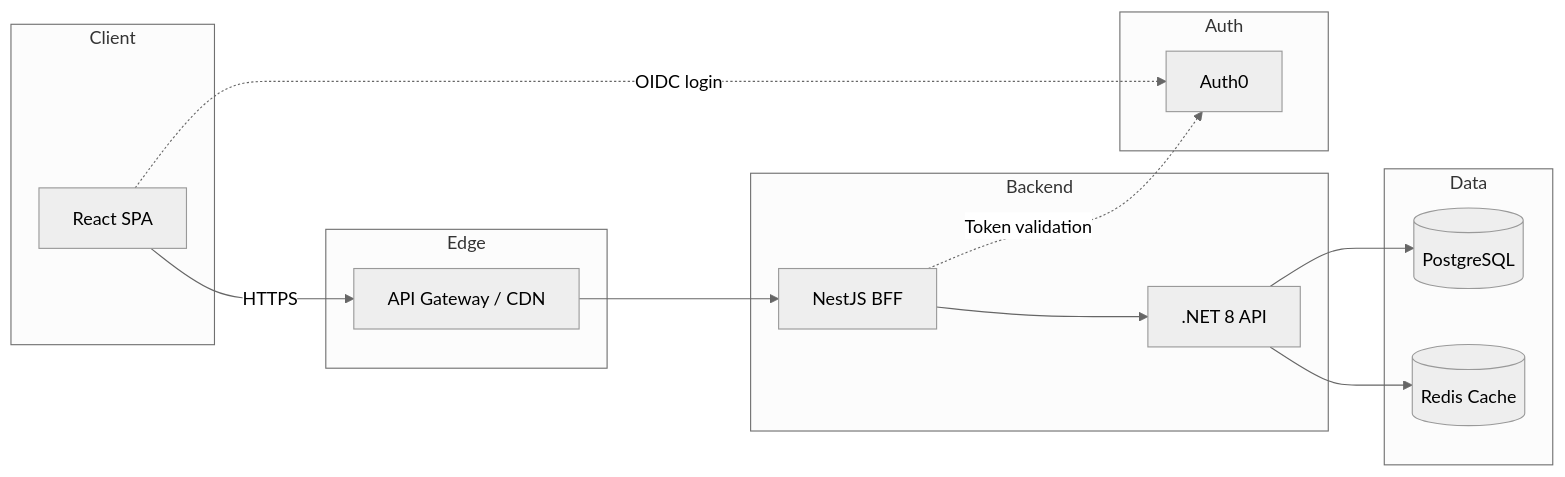
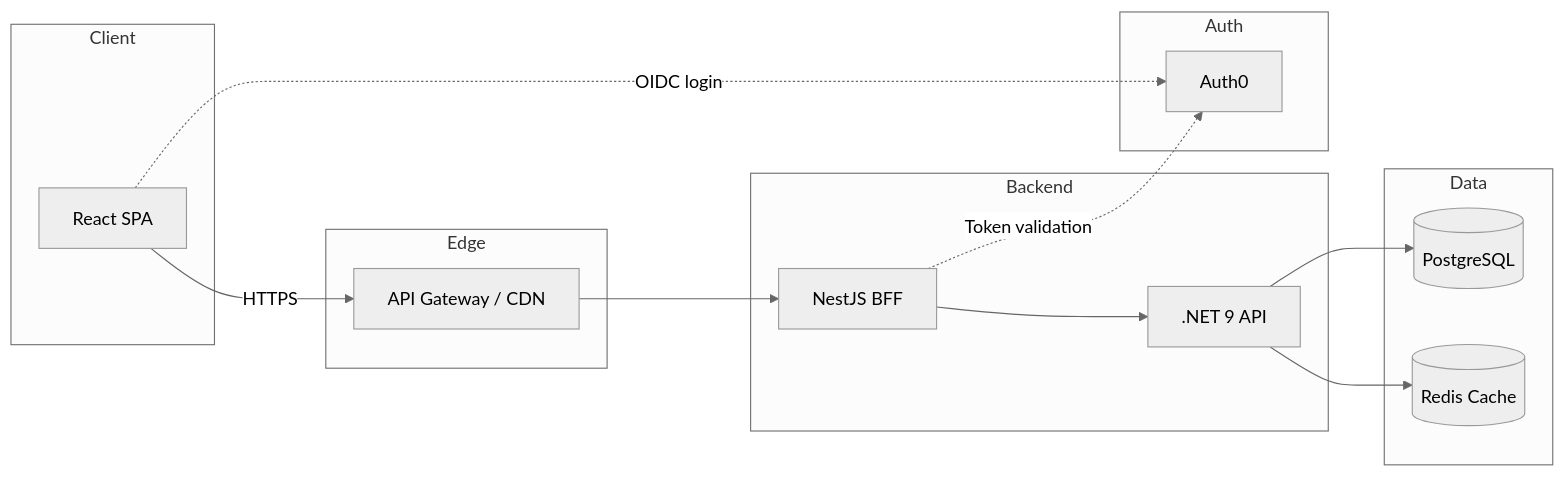
One commit to sukhesh035/employee_budget_allocation changed the diagram in README.md. Above: the diagram before and after it, drawn with Mermaid (neutral theme). The commit also changed other lines of this file and 11 other files, not shown here.

````diff
--- a/README.md
+++ b/README.md
@@ -46,32 +46,32 @@
 ```mermaid
 graph LR
     subgraph Client
         A[React SPA]
     end
 
     subgraph Edge
         B[API Gateway / CDN]
     end
 
     subgraph Backend
         C[NestJS BFF]
-        D[.NET 8 API]
+        D[.NET 9 API]
     end
 
     subgraph Data
         E[(PostgreSQL)]
         F[(Redis Cache)]
     end
 
     subgraph Auth
         G[Auth0]
     end
 
     A -->|HTTPS| B
     B --> C
     C --> D
     D --> E
     D --> F
     C -.->|Token validation| G
     A -.->|OIDC login| G
 ```
````
